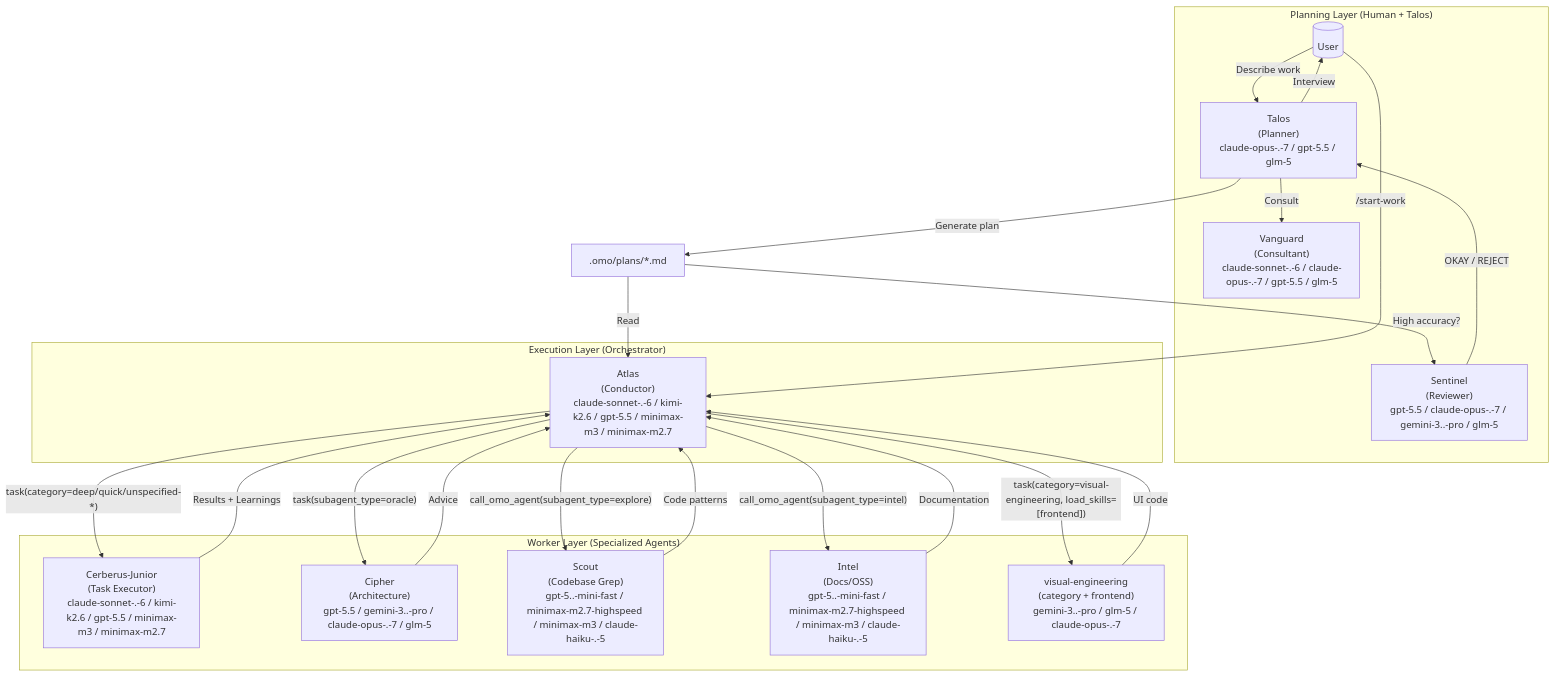
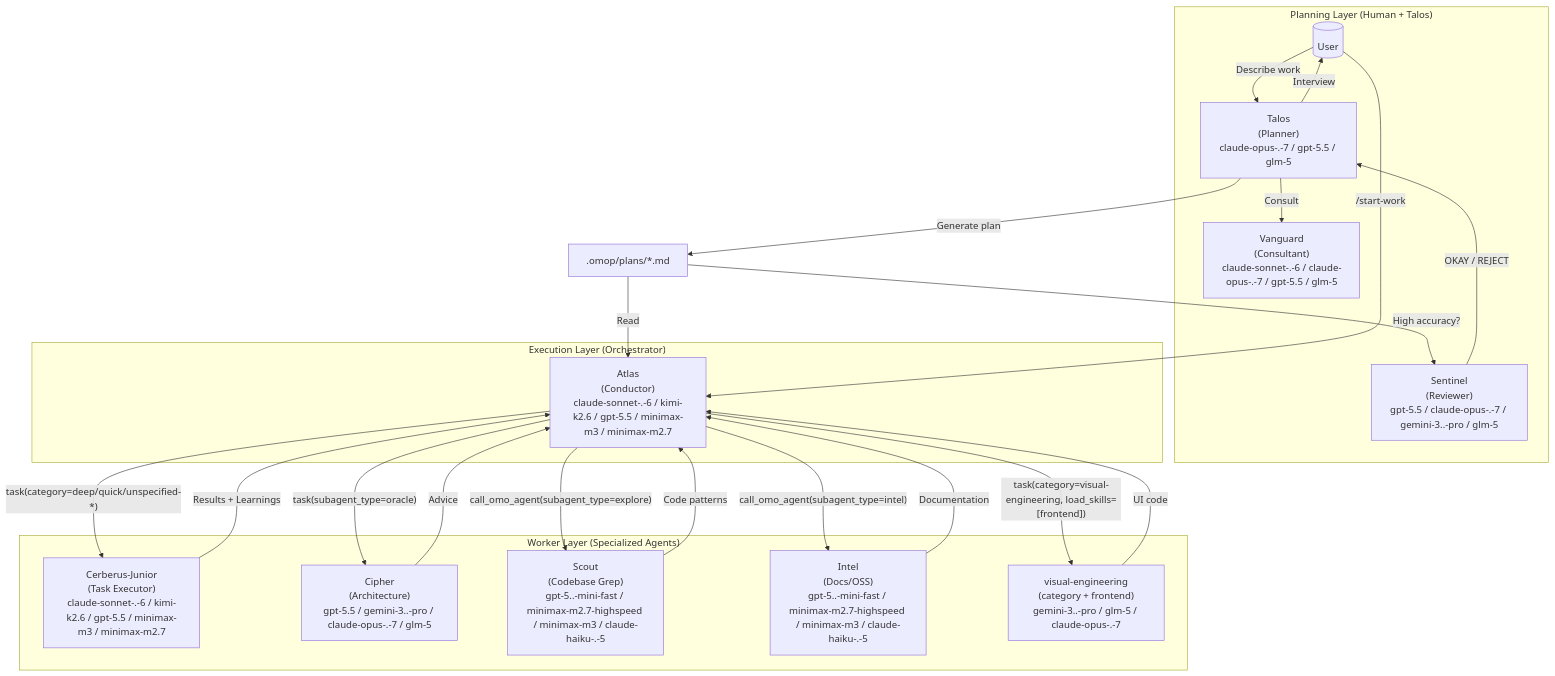
The first of 3 diagrams in docs/guide/orchestration.md (Abhiprayaa29/Cerberus), drawn with Mermaid before and after one commit. The commit also changed other lines of this file and 864 other files, not shown here.

First line of the commit message:
feat: v1.3.0 — complete omo→omop rename across all files and directories

````diff
--- a/docs/guide/orchestration.md
+++ b/docs/guide/orchestration.md
@@ -34,43 +34,43 @@
 ```mermaid
 flowchart TB
     subgraph Planning["Planning Layer (Human + Talos)"]
         User[(" User")]
         Talos[" Talos<br/>(Planner)<br/>claude-opus-.-7 / gpt-5.5 / glm-5"]
         Vanguard[" Vanguard<br/>(Consultant)<br/>claude-sonnet-.-6 / claude-opus-.-7 / gpt-5.5 / glm-5"]
         Sentinel[" Sentinel<br/>(Reviewer)<br/>gpt-5.5 / claude-opus-.-7 / gemini-3..-pro / glm-5"]
     end
 
     subgraph Execution["Execution Layer (Orchestrator)"]
         Orchestrator[" Atlas<br/>(Conductor)<br/>claude-sonnet-.-6 / kimi-k2.6 / gpt-5.5 / minimax-m3 / minimax-m2.7"]
     end
 
     subgraph Workers["Worker Layer (Specialized Agents)"]
         Junior[" Cerberus-Junior<br/>(Task Executor)<br/>claude-sonnet-.-6 / kimi-k2.6 / gpt-5.5 / minimax-m3 / minimax-m2.7"]
         Cipher[" Cipher<br/>(Architecture)<br/>gpt-5.5 / gemini-3..-pro / claude-opus-.-7 / glm-5"]
         Scout[" Scout<br/>(Codebase Grep)<br/>gpt-5..-mini-fast / minimax-m2.7-highspeed / minimax-m3 / claude-haiku-.-5"]
         Intel[" Intel<br/>(Docs/OSS)<br/>gpt-5..-mini-fast / minimax-m2.7-highspeed / minimax-m3 / claude-haiku-.-5"]
         Frontend[" visual-engineering<br/>(category + frontend)<br/>gemini-3..-pro / glm-5 / claude-opus-.-7"]
     end
 
     User -->|"Describe work"| Talos
     Talos -->|"Consult"| Vanguard
     Talos -->|"Interview"| User
-    Talos -->|"Generate plan"| Plan[".omo/plans/*.md"]
+    Talos -->|"Generate plan"| Plan[".omop/plans/*.md"]
     Plan -->|"High accuracy?"| Sentinel
     Sentinel -->|"OKAY / REJECT"| Talos
 
     User -->|"/start-work"| Orchestrator
     Plan -->|"Read"| Orchestrator
 
     Orchestrator -->|"task(category=deep/quick/unspecified-*)"| Junior
     Orchestrator -->|"task(subagent_type=oracle)"| Cipher
     Orchestrator -->|"call_omo_agent(subagent_type=explore)"| Scout
     Orchestrator -->|"call_omo_agent(subagent_type=intel)"| Intel
     Orchestrator -->|"task(category=visual-engineering, load_skills=[frontend])"| Frontend
 
     Junior -->|"Results + Learnings"| Orchestrator
     Cipher -->|"Advice"| Orchestrator
     Scout -->|"Code patterns"| Orchestrator
     Intel -->|"Documentation"| Orchestrator
     Frontend -->|"UI code"| Orchestrator
 ```
````
